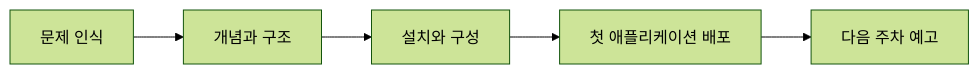
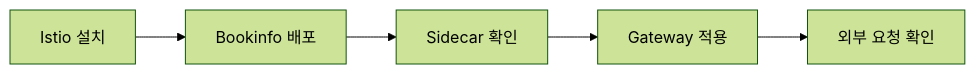
The eighth of 8 diagrams in posts/week1-istio-intro.md (rlaehdwn0105/istio-study), drawn with Mermaid (forest theme) before and after one commit. The commit also changed other lines of this file, not shown here.

Commit message:
Expand week1 note with more diagrams and detail

````diff
--- a/posts/week1-istio-intro.md
+++ b/posts/week1-istio-intro.md
@@ -285,10 +418,10 @@
 ```mermaid
 flowchart LR
-    A[문제 인식]
-    B[개념과 구조]
-    C[설치와 구성]
-    D[첫 애플리케이션 배포]
-    E[다음 주차 예고]
+    A[Istio 설치]
+    B[Bookinfo 배포]
+    C[Sidecar 확인]
+    D[Gateway 적용]
+    E[외부 요청 확인]
 
     A --> B --> C --> D --> E
 ```
````
